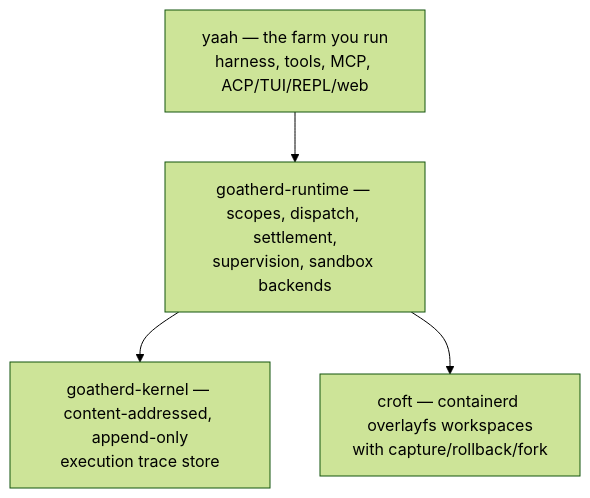
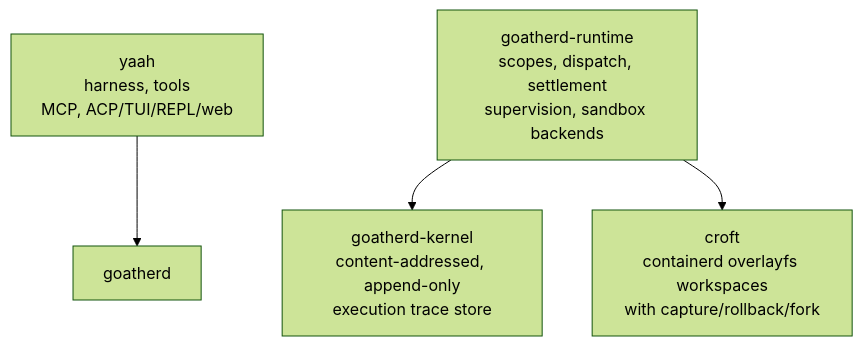
One commit to goatherdai/.github changed the diagram in profile/README.md. Above: the diagram before and after it, drawn with Mermaid (forest theme). The commit also changed other lines of this file, not shown here.

````diff
--- a/profile/README.md
+++ b/profile/README.md
@@ -43,11 +43,11 @@
 ```mermaid
 flowchart TD
-    yaah["yaah — the farm you run<br/>harness, tools, MCP, ACP/TUI/REPL/web"]
-    goatherd["goatherd-runtime — scopes, dispatch, settlement,<br/>supervision, sandbox backends"]
-    kernel["goatherd-kernel — content-addressed, append-only<br/>execution trace store"]
-    croft["croft — containerd overlayfs workspaces<br/>with capture/rollback/fork"]
+    yaah["yaah<br/>harness, tools<br/>MCP, ACP/TUI/REPL/web"]
+    runtime["goatherd-runtime<br/>scopes, dispatch, settlement<br/>supervision, sandbox backends"]
+    kernel["goatherd-kernel<br/>content-addressed, append-only<br/>execution trace store"]
+    croft["croft<br/>containerd overlayfs workspaces<br/>with capture/rollback/fork"]
 
     yaah --> goatherd
-    goatherd --> kernel
-    goatherd --> croft
+    runtime --> kernel
+    runtime --> croft
 ```
````
